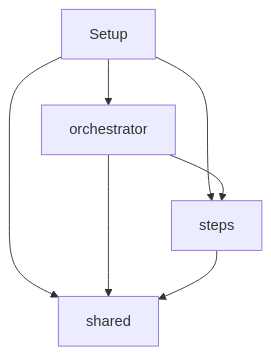
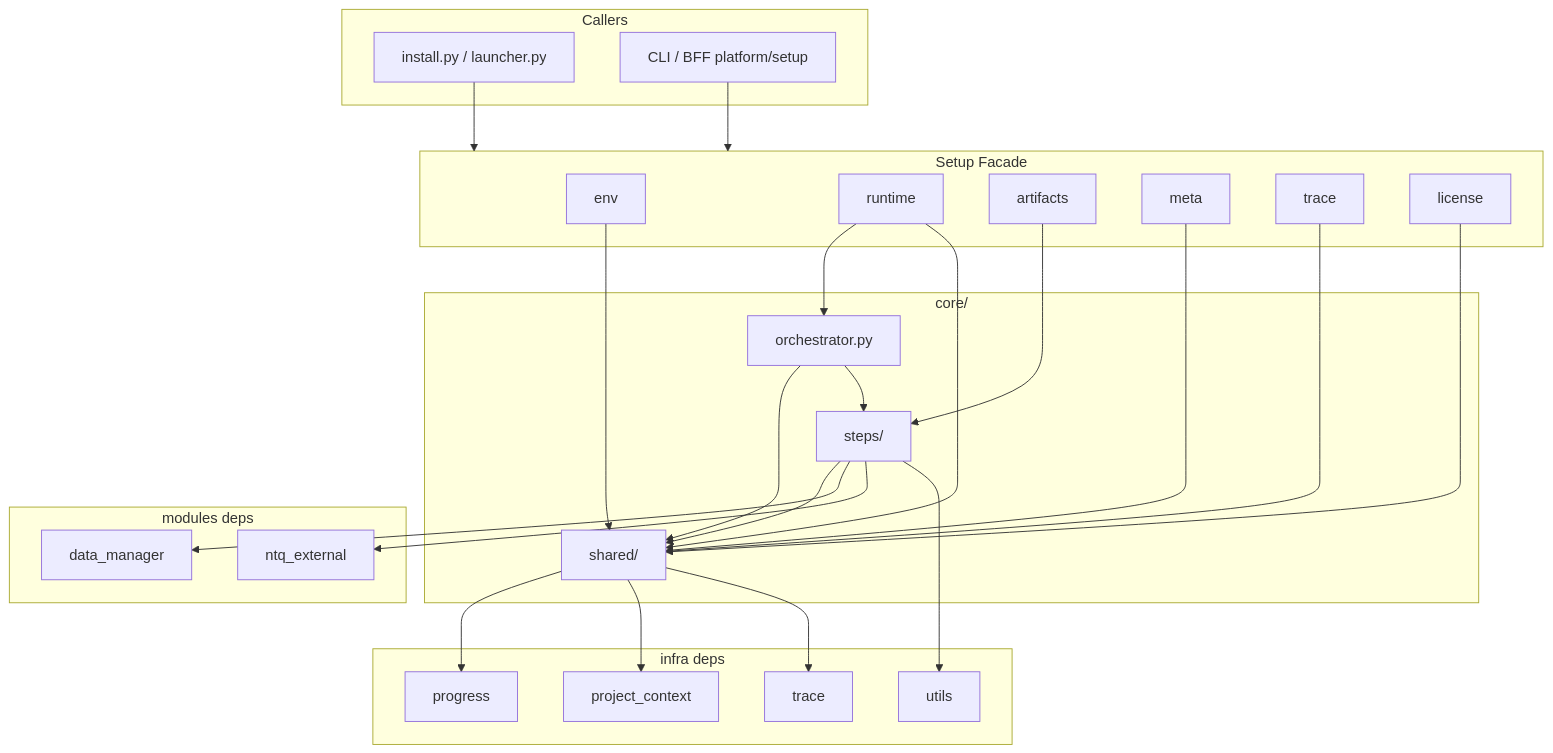
The diagram in core/infra/setup/docs/ARCHITECTURE.md (garnet1985/new-tea-quant), drawn with Mermaid before and after one commit. The commit also changed other lines of this file and 338 other files, not shown here.

````diff
--- a/core/infra/setup/docs/ARCHITECTURE.md
+++ b/core/infra/setup/docs/ARCHITECTURE.md
@@ -41,13 +43,53 @@
 ```mermaid
 flowchart TB
-  SetupFacade[Setup]
-  Orch[orchestrator]
-  Shared[shared]
-  Steps[steps]
-  SetupFacade --> Orch
-  SetupFacade --> Shared
-  SetupFacade --> Steps
+  subgraph callers [Callers]
+    InstallPy[install.py / launcher.py]
+    CliBff[CLI / BFF platform/setup]
+  end
+
+  subgraph facade [Setup Facade]
+    Env[env]
+    Runtime[runtime]
+    Artifacts[artifacts]
+    Meta[meta]
+    Trace[trace]
+    License[license]
+  end
+
+  subgraph core [core/]
+    Orch[orchestrator.py]
+    Shared[shared/]
+    Steps[steps/]
+  end
+
+  subgraph infra [infra deps]
+    PC[project_context]
+    Prog[progress]
+    Tr[trace]
+    Ut[utils]
+  end
+
+  subgraph modules [modules deps]
+    DM[data_manager]
+    Ext[ntq_external]
+  end
+
+  InstallPy --> facade
+  CliBff --> facade
+  Env --> Shared
+  Runtime --> Orch
+  Runtime --> Shared
+  Artifacts --> Steps
+  Meta --> Shared
+  Trace --> Shared
+  License --> Shared
   Orch --> Shared
   Orch --> Steps
   Steps --> Shared
+  Shared --> Prog
+  Shared --> PC
+  Steps --> DM
+  Steps --> Ext
+  Shared --> Tr
+  Steps --> Ut
 ```
````
